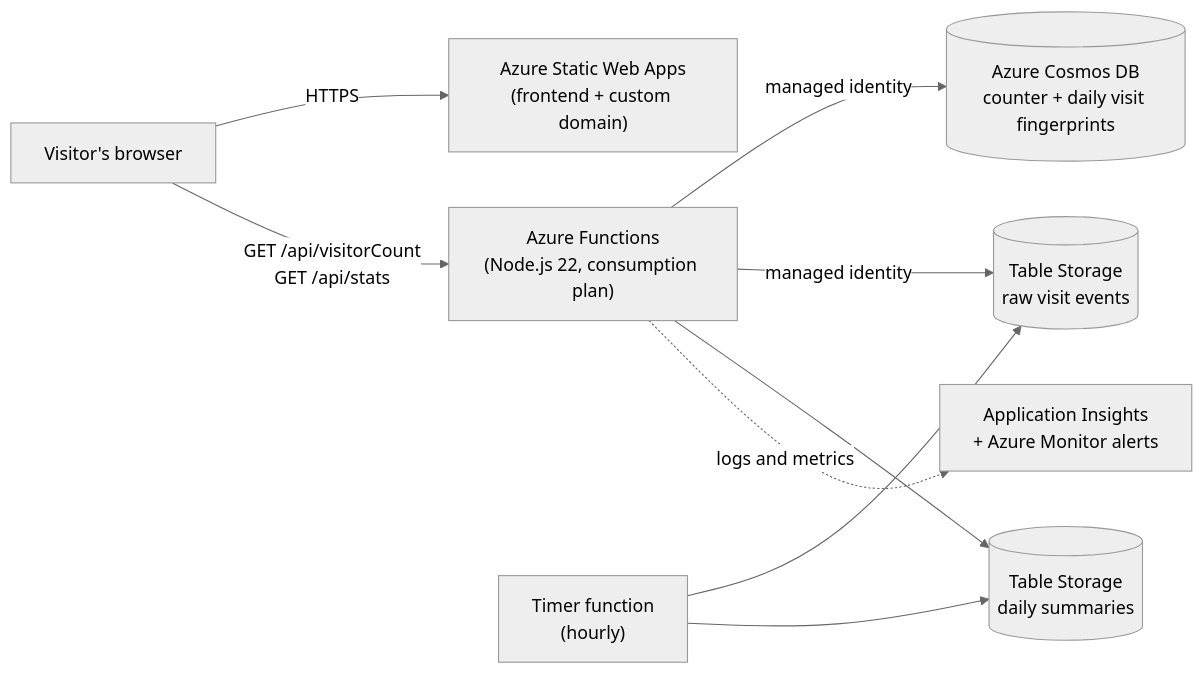
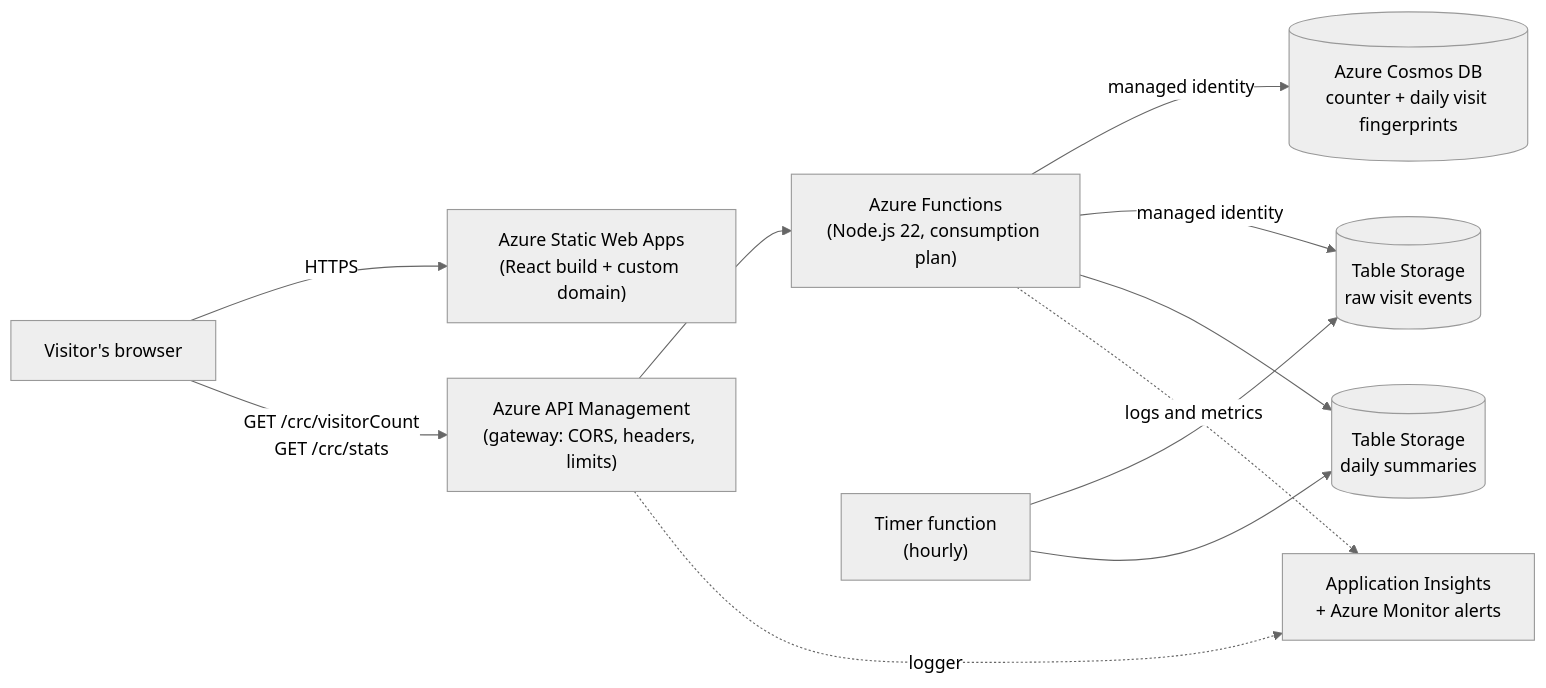
The diagram in README.md (a-josuke/cloud-resume-azure), drawn with Mermaid (neutral theme) before and after one commit. The commit also changed other lines of this file, not shown here.

````diff
--- a/README.md
+++ b/README.md
@@ -18,11 +19,13 @@
 ```mermaid
 flowchart LR
-    V["Visitor's browser"] -->|"HTTPS"| SWA["Azure Static Web Apps<br/>(frontend + custom domain)"]
-    V -->|"GET /api/visitorCount<br/>GET /api/stats"| FN["Azure Functions<br/>(Node.js 22, consumption plan)"]
+    V["Visitor's browser"] -->|"HTTPS"| SWA["Azure Static Web Apps<br/>(React build + custom domain)"]
+    V -->|"GET /crc/visitorCount<br/>GET /crc/stats"| APIM["Azure API Management<br/>(gateway: CORS, headers, limits)"]
+    APIM --> FN["Azure Functions<br/>(Node.js 22, consumption plan)"]
     FN -->|"managed identity"| COSMOS[("Azure Cosmos DB<br/>counter + daily visit fingerprints")]
     FN -->|"managed identity"| EVENTS[("Table Storage<br/>raw visit events")]
     TIMER["Timer function<br/>(hourly)"] --> EVENTS
     TIMER --> STATS[("Table Storage<br/>daily summaries")]
     FN --> STATS
     FN -.->|"logs and metrics"| MON["Application Insights<br/>+ Azure Monitor alerts"]
+    APIM -.->|"logger"| MON
 ```
````
